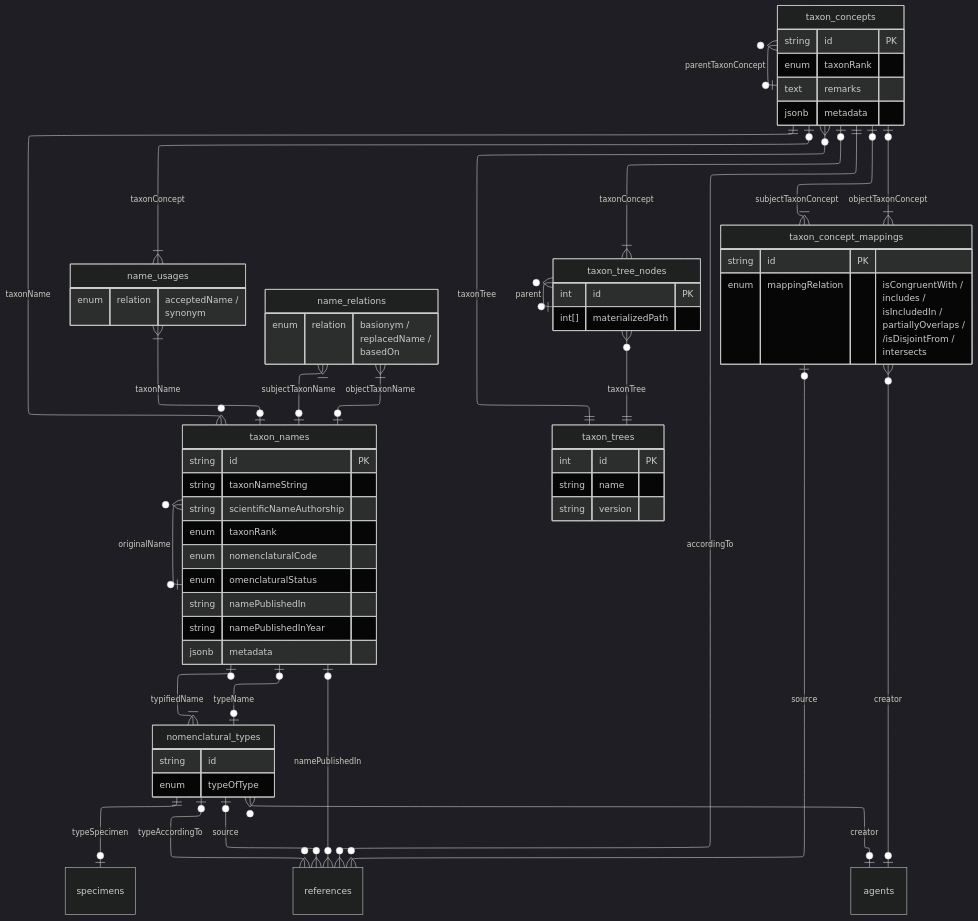
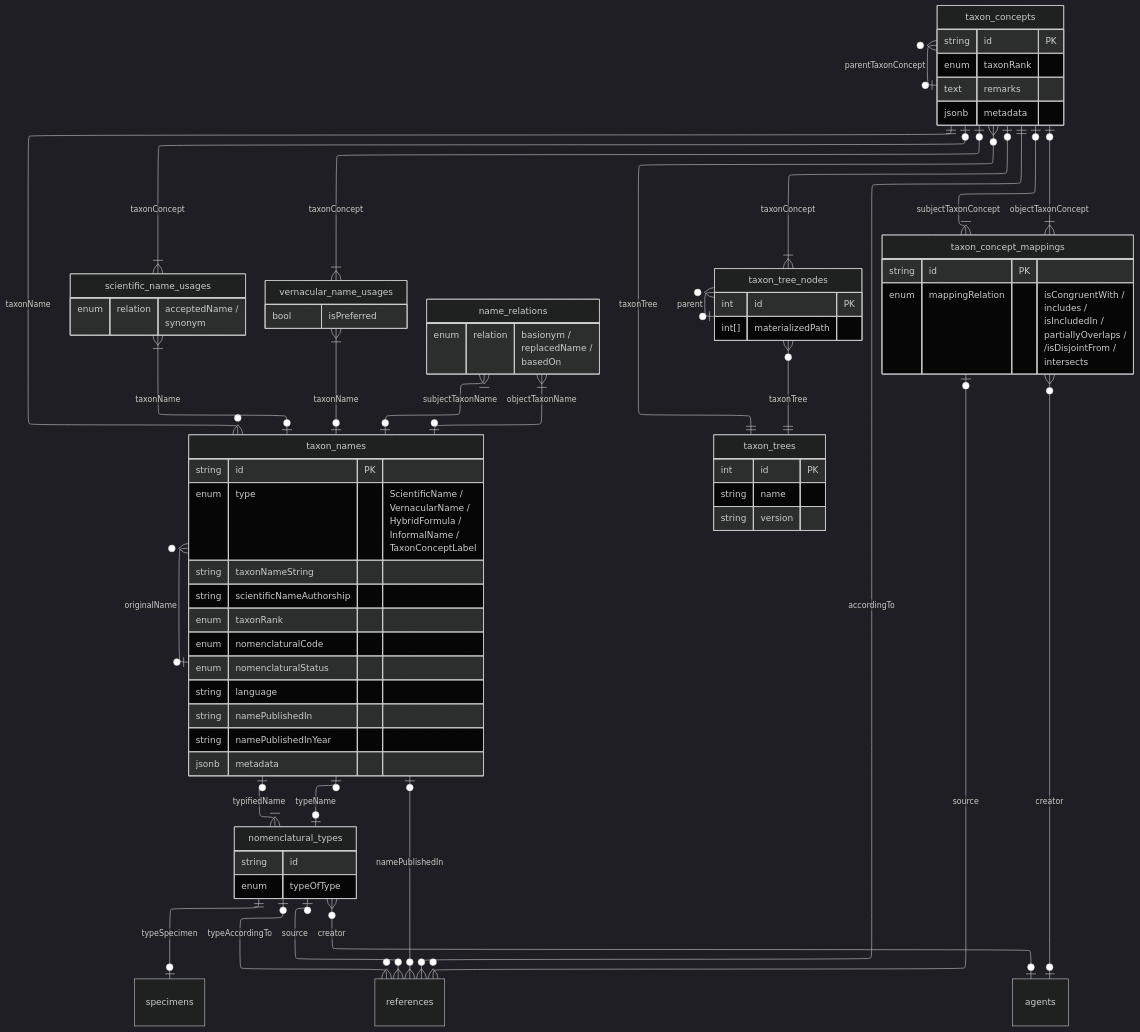
Before and after one commit to vicflora/vicflora-docs: the diagram in source/_mermaid/tcs-dp.mmd, drawn with Mermaid (dark theme). The commit also changed 2 other files, not shown here.

```diff
--- a/source/_mermaid/tcs-dp.mmd
+++ b/source/_mermaid/tcs-dp.mmd
@@ -1,78 +1,86 @@
 ---
 config:
     layout: elk
 ---
 erDiagram
+    taxon_concepts }o--o| taxon_concepts : "parentTaxonConcept"
     taxon_concepts ||--o{ taxon_names : "taxonName"
-    taxon_concepts |o--|{ name_usages : "taxonConcept"
-    taxon_concepts }o--o| taxon_concepts : "parentTaxonConcept"
-    name_usages }|--o| taxon_names : "taxonName"
+    taxon_concepts |o--|{ scientific_name_usages : "taxonConcept"
+    taxon_concepts |o--|{ vernacular_name_usages : "taxonConcept"
+    scientific_name_usages }|--o| taxon_names : "taxonName"
     taxon_names }o--o| taxon_names : "originalName"
     taxon_names |o--|{ name_relations : "subjectTaxonName"
     name_relations }|--o| taxon_names : "objectTaxonName"
+    vernacular_name_usages }|--o| taxon_names : "taxonName"
     taxon_concepts }o--|| taxon_trees : "taxonTree"
     taxon_concepts |o--|{ taxon_tree_nodes : "taxonConcept"
     taxon_tree_nodes }o--o| taxon_tree_nodes : "parent"
     taxon_tree_nodes }o--|| taxon_trees : "taxonTree" 
     taxon_names |o--|{ nomenclatural_types : "typifiedName"
     nomenclatural_types |o--o| taxon_names : "typeName"
     nomenclatural_types ||--o| specimens : "typeSpecimen"
     taxon_concepts |o--|{ taxon_concept_mappings : subjectTaxonConcept
     taxon_concept_mappings }|--o| taxon_concepts : objectTaxonConcept
 
     taxon_concepts ||--o{ references : accordingTo
     taxon_names |o--o{ references : namePublishedIn
     taxon_concept_mappings |o--o{ references : source
     nomenclatural_types |o--o{ references : typeAccordingTo
     nomenclatural_types |o--o{ references : source
 
     taxon_concept_mappings }o--o| agents : creator
     nomenclatural_types }o--o| agents : creator
 
     taxon_concepts {
         string id PK
         enum taxonRank
         text remarks
         jsonb metadata
     }
 
     taxon_names {
         string id PK
+        enum type "ScientificName /<br>VernacularName /<br>HybridFormula /<br>InformalName /<br>TaxonConceptLabel"
         string taxonNameString
         string scientificNameAuthorship
         enum taxonRank
         enum nomenclaturalCode
-        enum omenclaturalStatus
+        enum nomenclaturalStatus
+        string language
         string namePublishedIn
         string namePublishedInYear
         jsonb metadata
     }
 
-    name_usages {
+    scientific_name_usages {
         enum relation "acceptedName /<br>synonym"
     }
 
     name_relations {
         enum relation "basionym /<br>replacedName /<br>basedOn"
     }
 
     taxon_tree_nodes {
         int id PK
         int[] materializedPath
     }
 
     taxon_trees {
         int id PK
         string name
         string version
     }
 
     taxon_concept_mappings {
         string id PK
         enum mappingRelation "isCongruentWith /<br>includes /<br>isIncludedIn /<br>partiallyOverlaps /<br>/isDisjointFrom /<br>intersects"
     }
 
     nomenclatural_types {
         string id
         enum typeOfType
     }
+
+    vernacular_name_usages {
+        bool isPreferred
+    }
```
